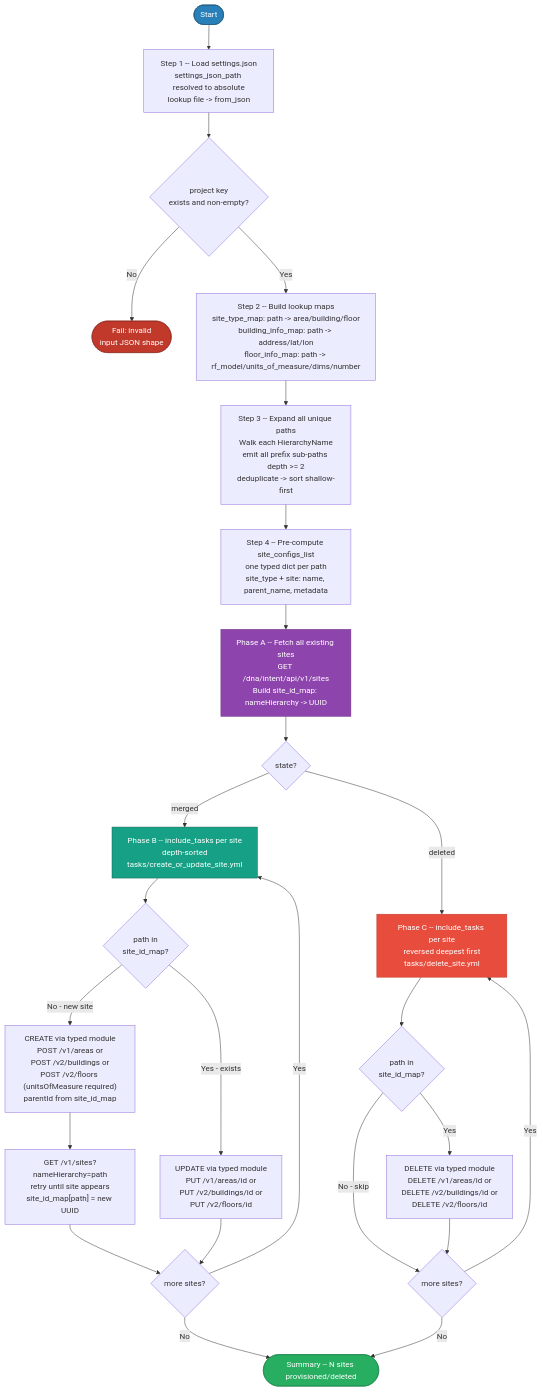
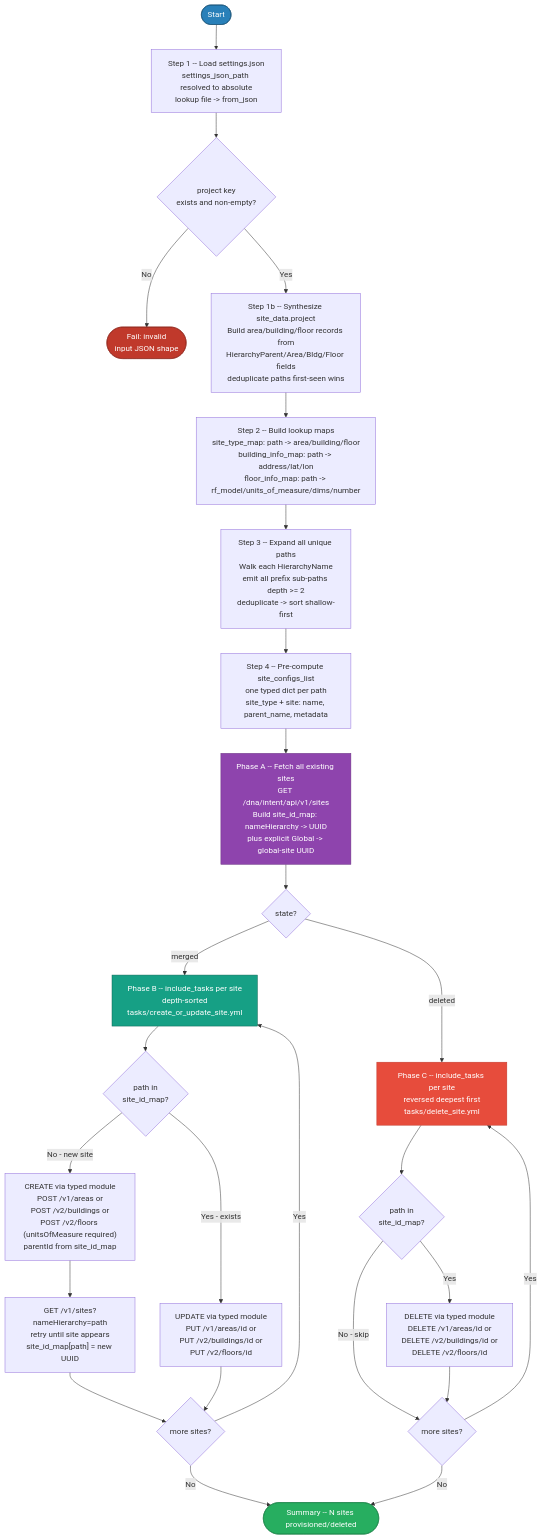
One commit to kebaldwi/TECOPS-2599 changed the diagram in Support/Resources/Ansible/1.0-Cisco-Catalyst-Center-Site-Hierarchy/DIAGRAMS/logical-flow.mmd. Above: the diagram before and after it, drawn with Mermaid. The commit also changed 2 other files, not shown here.

Commit message:
Improve 1.0 site hierarchy docs and logical flow diagram
- Validate and correct DIAGRAMS/logical-flow.mmd to reflect the actual
  playbook execution path, including synthesized site_data generation and
  explicit Global UUID mapping in Phase A.
- Regenerate DIAGRAMS/logical-flow.png from the updated Mermaid source.
- Expand README task documentation with an embedded logical-flow diagram
  reference in the Task Components section.
- Add a dedicated "API Endpoints and Modules Summary" section that lists
  Galaxy modules and all endpoints used by Phase A/B/C operations.

This makes the 1.0 documentation align with the current implementation in
site_hierarchy.yml and tasks/*.yml and improves operator readability.

```diff
--- a/Support/Resources/Ansible/1.0-Cisco-Catalyst-Center-Site-Hierarchy/DIAGRAMS/logical-flow.mmd
+++ b/Support/Resources/Ansible/1.0-Cisco-Catalyst-Center-Site-Hierarchy/DIAGRAMS/logical-flow.mmd
@@ -1,56 +1,59 @@
 flowchart TD
     START([Start]) --> A
 
     A["Step 1 -- Load settings.json<br/>settings_json_path resolved to absolute<br/>lookup file -> from_json"]
     A --> B{project key<br/>exists and non-empty?}
     B -->|No| FAIL_A([Fail: invalid<br/>input JSON shape])
-    B -->|Yes| C
+    B -->|Yes| S
+
+    S["Step 1b -- Synthesize site_data.project<br/>Build area/building/floor records from<br/>HierarchyParent/Area/Bldg/Floor fields<br/>deduplicate paths first-seen wins"]
+    S --> C
 
     C["Step 2 -- Build lookup maps<br/>site_type_map: path -> area/building/floor<br/>building_info_map: path -> address/lat/lon<br/>floor_info_map: path -> rf_model/units_of_measure/dims/number"]
     C --> D
 
     D["Step 3 -- Expand all unique paths<br/>Walk each HierarchyName<br/>emit all prefix sub-paths depth >= 2<br/>deduplicate -> sort shallow-first"]
     D --> F
 
     F["Step 4 -- Pre-compute site_configs_list<br/>one typed dict per path<br/>site_type + site: name, parent_name, metadata"]
     F --> PA
 
-    PA["Phase A -- Fetch all existing sites<br/>GET /dna/intent/api/v1/sites<br/>Build site_id_map: nameHierarchy -> UUID"]
+    PA["Phase A -- Fetch all existing sites<br/>GET /dna/intent/api/v1/sites<br/>Build site_id_map: nameHierarchy -> UUID<br/>plus explicit Global -> global-site UUID"]
     PA --> STATE{state?}
 
     STATE -->|merged| PB
     STATE -->|deleted| PC_DEL
 
     PB["Phase B -- include_tasks per site<br/>depth-sorted<br/>tasks/create_or_update_site.yml"]
     PB --> PB_CHECK{path in<br/>site_id_map?}
 
     PB_CHECK -->|No - new site| PB_CREATE["CREATE via typed module<br/>POST /v1/areas or<br/>POST /v2/buildings or<br/>POST /v2/floors (unitsOfMeasure required)<br/>parentId from site_id_map"]
     PB_CHECK -->|Yes - exists| PB_UPDATE["UPDATE via typed module<br/>PUT /v1/areas/id or<br/>PUT /v2/buildings/id or<br/>PUT /v2/floors/id"]
 
     PB_CREATE --> PB_QUERY["GET /v1/sites?nameHierarchy=path<br/>retry until site appears<br/>site_id_map[path] = new UUID"]
     PB_QUERY --> PB_MORE
     PB_UPDATE --> PB_MORE
 
     PB_MORE{more sites?}
     PB_MORE -->|Yes| PB
     PB_MORE -->|No| DONE
 
     PC_DEL["Phase C -- include_tasks per site<br/>reversed deepest first<br/>tasks/delete_site.yml"]
     PC_DEL --> PD_CHECK{path in<br/>site_id_map?}
 
     PD_CHECK -->|Yes| PD_DEL["DELETE via typed module<br/>DELETE /v1/areas/id or<br/>DELETE /v2/buildings/id or<br/>DELETE /v2/floors/id"]
     PD_CHECK -->|No - skip| PD_MORE
     PD_DEL --> PD_MORE
 
     PD_MORE{more sites?}
     PD_MORE -->|Yes| PC_DEL
     PD_MORE -->|No| DONE
 
     DONE([Summary -- N sites provisioned/deleted])
 
     style FAIL_A fill:#c0392b,color:#fff,stroke:#922b21
     style DONE fill:#27ae60,color:#fff,stroke:#1e8449
     style START fill:#2980b9,color:#fff,stroke:#1a5276
     style PA fill:#8e44ad,color:#fff,stroke:#6c3483
     style PB fill:#16a085,color:#fff,stroke:#0e6655
     style PC_DEL fill:#e74c3c,color:#fff,stroke:#c0392b
```
